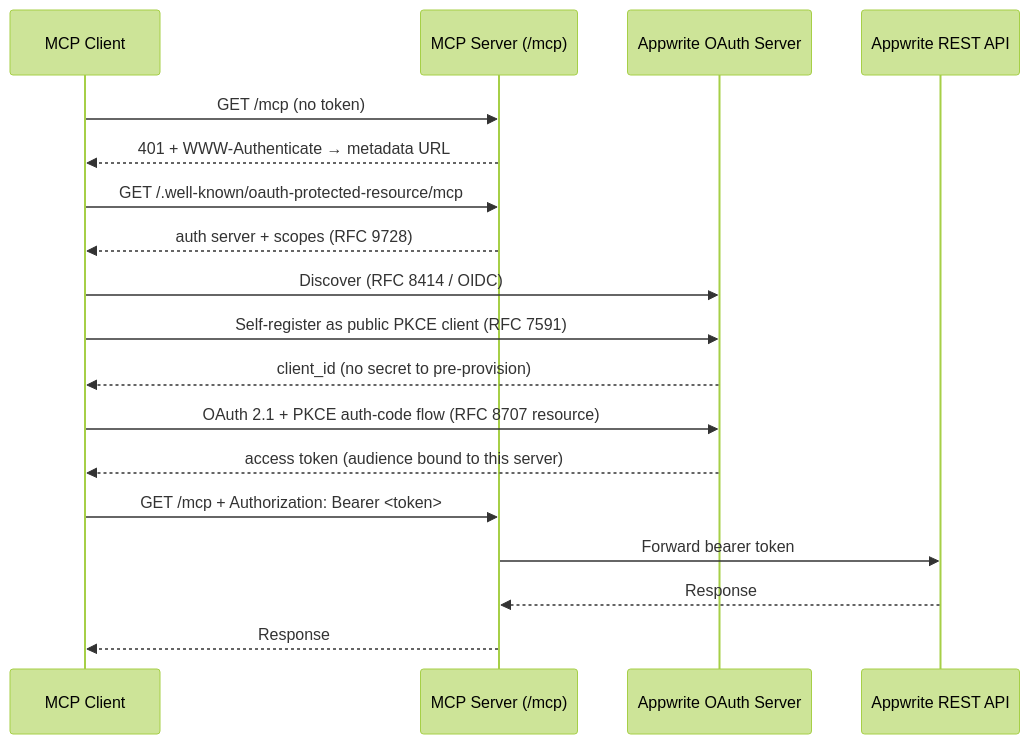
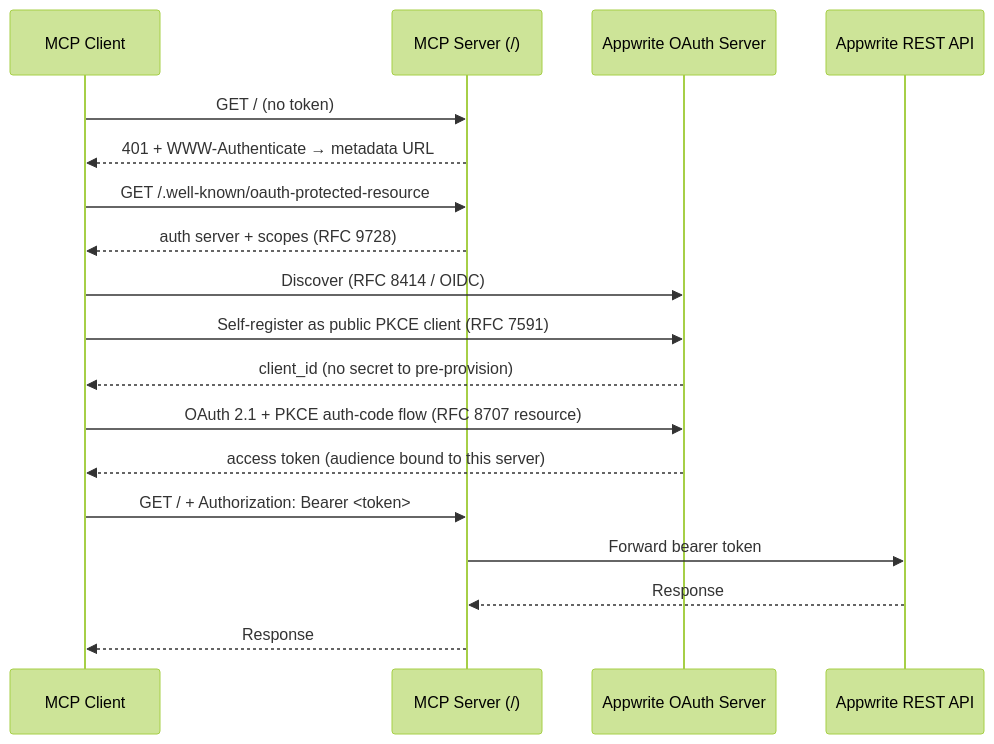
Before and after one commit to appwrite/mcp: the diagram in docs/authentication.md, drawn with Mermaid (forest theme). The commit also changed other lines of this file and 10 other files, not shown here.

````diff
--- a/docs/authentication.md
+++ b/docs/authentication.md
@@ -14,21 +14,21 @@
 ```mermaid
 sequenceDiagram
     participant C as MCP Client
-    participant S as MCP Server (/mcp)
+    participant S as MCP Server (/)
     participant A as Appwrite OAuth Server
     participant API as Appwrite REST API
 
-    C->>S: GET /mcp (no token)
+    C->>S: GET / (no token)
     S-->>C: 401 + WWW-Authenticate → metadata URL
-    C->>S: GET /.well-known/oauth-protected-resource/mcp
+    C->>S: GET /.well-known/oauth-protected-resource
     S-->>C: auth server + scopes (RFC 9728)
     C->>A: Discover (RFC 8414 / OIDC)
     C->>A: Self-register as public PKCE client (RFC 7591)
     A-->>C: client_id (no secret to pre-provision)
     C->>A: OAuth 2.1 + PKCE auth-code flow (RFC 8707 resource)
     A-->>C: access token (audience bound to this server)
-    C->>S: GET /mcp + Authorization: Bearer <token>
+    C->>S: GET / + Authorization: Bearer <token>
     S->>API: Forward bearer token
     API-->>S: Response
     S-->>C: Response
 ```
````
